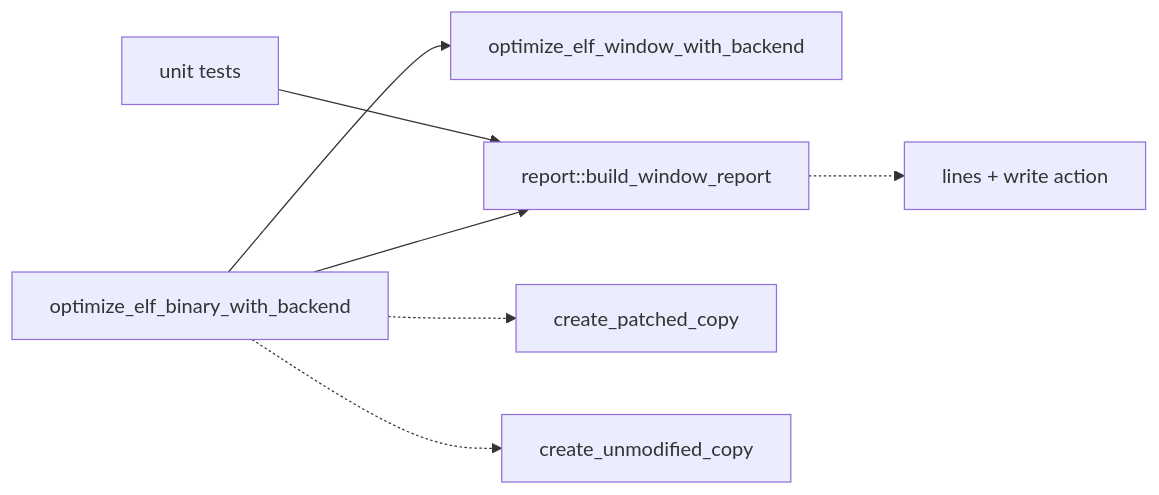
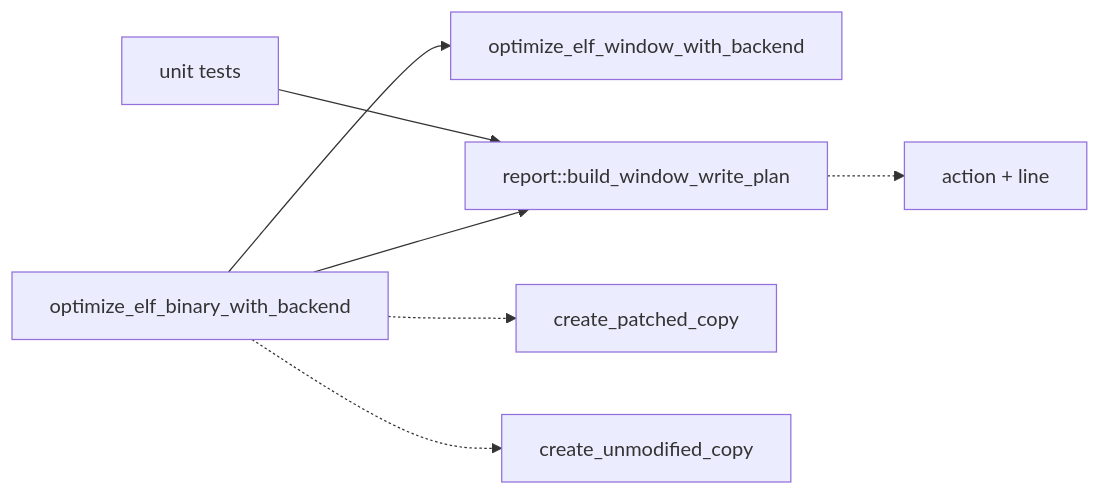
One commit to pmatos/s11 changed the second of 2 diagrams in .architecture/reviews/2026-09-03-opt-window-report-seam.md. Above: the diagram before and after it, drawn with Mermaid. The commit also changed other lines of this file and 1 other file, not shown here.

First line of the commit message:
docs(architecture): mark opt-window-report-seam in-flight (PR #818)

````diff
--- a/.architecture/reviews/2026-09-03-opt-window-report-seam.md
+++ b/.architecture/reviews/2026-09-03-opt-window-report-seam.md
@@ -37,9 +37,9 @@
 ```mermaid
 graph LR
   BIN[optimize_elf_binary_with_backend] --> WIN[optimize_elf_window_with_backend]
-  BIN --> RPT[report::build_window_report]
-  RPT -.-> LINES[lines + write action]
+  BIN --> RPT[report::build_window_write_plan]
+  RPT -.-> PLAN[action + line]
   BIN -.-> P1[create_patched_copy]
   BIN -.-> P2[create_unmodified_copy]
   TEST[unit tests] --> RPT
 ```
````
